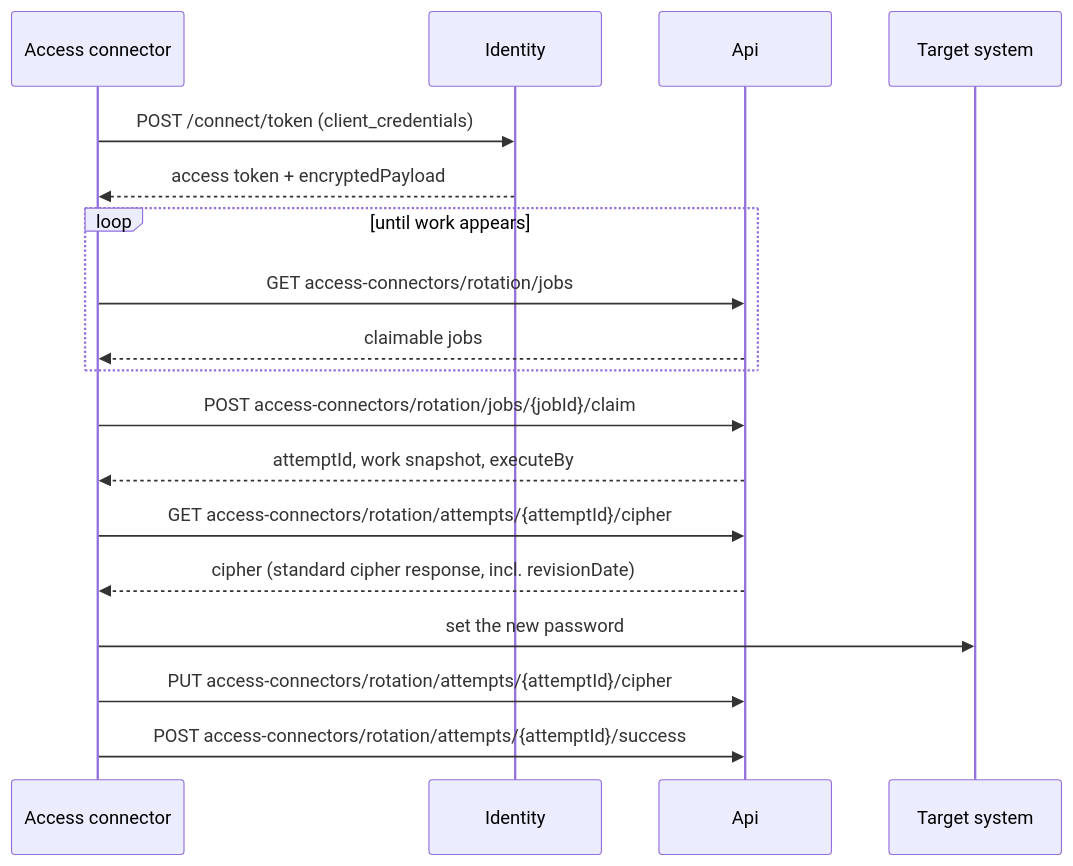
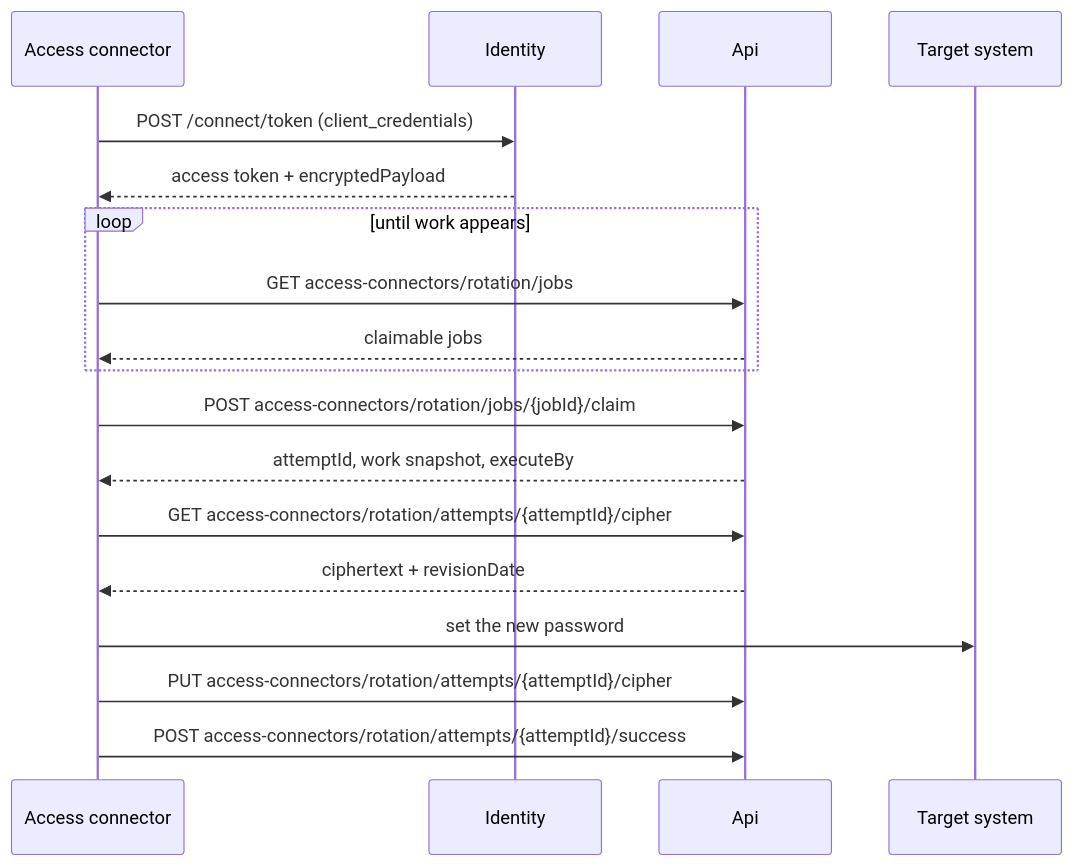
The diagram in bitwarden_license/src/Services/Pam/AccessConnector/docs/access-connector-protocol.md (bitwarden/server), drawn with Mermaid before and after one commit. The commit also changed other lines of this file and 11 other files, not shown here.

````diff
--- a/bitwarden_license/src/Services/Pam/AccessConnector/docs/access-connector-protocol.md
+++ b/bitwarden_license/src/Services/Pam/AccessConnector/docs/access-connector-protocol.md
@@ -16,21 +16,21 @@
 ```mermaid
 sequenceDiagram
     participant D as Access connector
     participant I as Identity
     participant S as Api
     participant T as Target system
 
     D->>I: POST /connect/token (client_credentials)
     I-->>D: access token + encryptedPayload
     loop until work appears
         D->>S: GET access-connectors/rotation/jobs
         S-->>D: claimable jobs
     end
     D->>S: POST access-connectors/rotation/jobs/{jobId}/claim
     S-->>D: attemptId, work snapshot, executeBy
     D->>S: GET access-connectors/rotation/attempts/{attemptId}/cipher
-    S-->>D: cipher (standard cipher response, incl. revisionDate)
+    S-->>D: ciphertext + revisionDate
     D->>T: set the new password
     D->>S: PUT access-connectors/rotation/attempts/{attemptId}/cipher
     D->>S: POST access-connectors/rotation/attempts/{attemptId}/success
 ```
````
